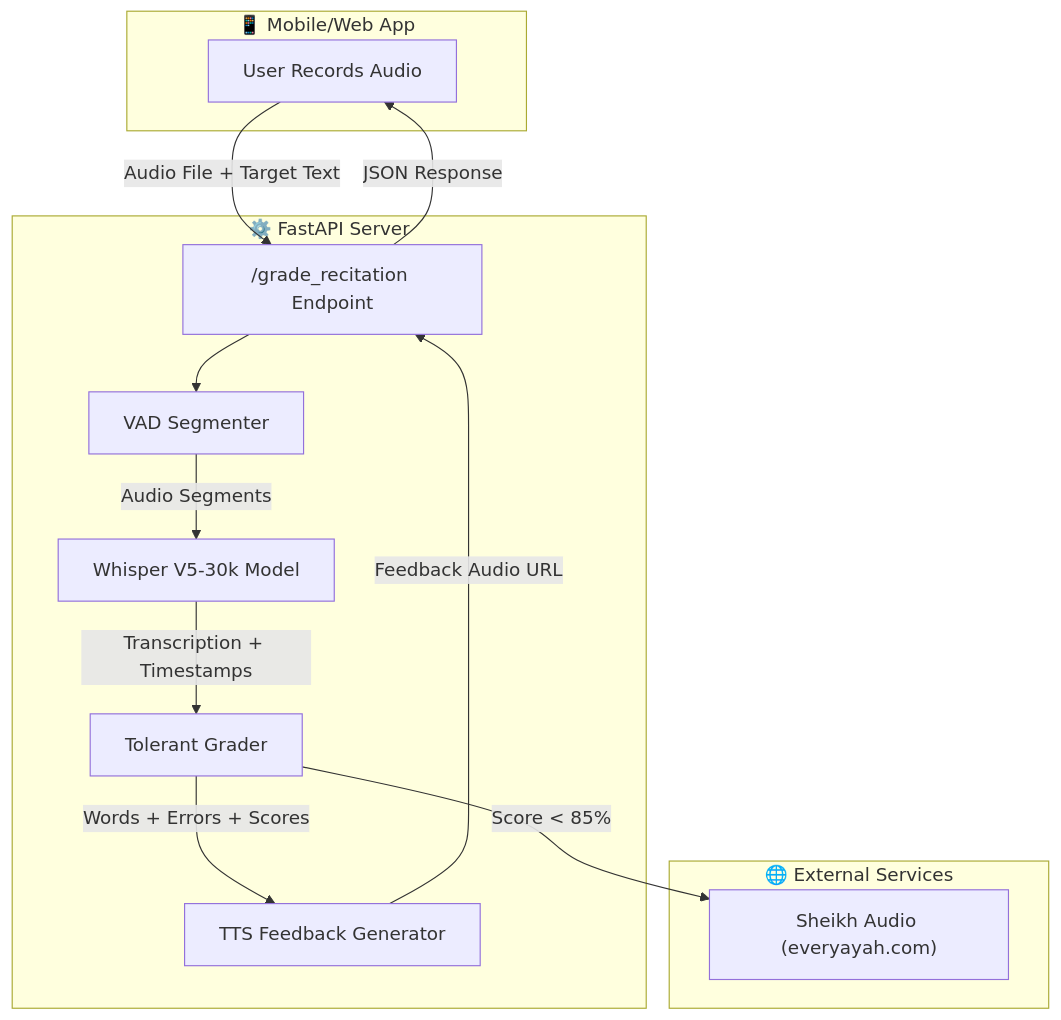
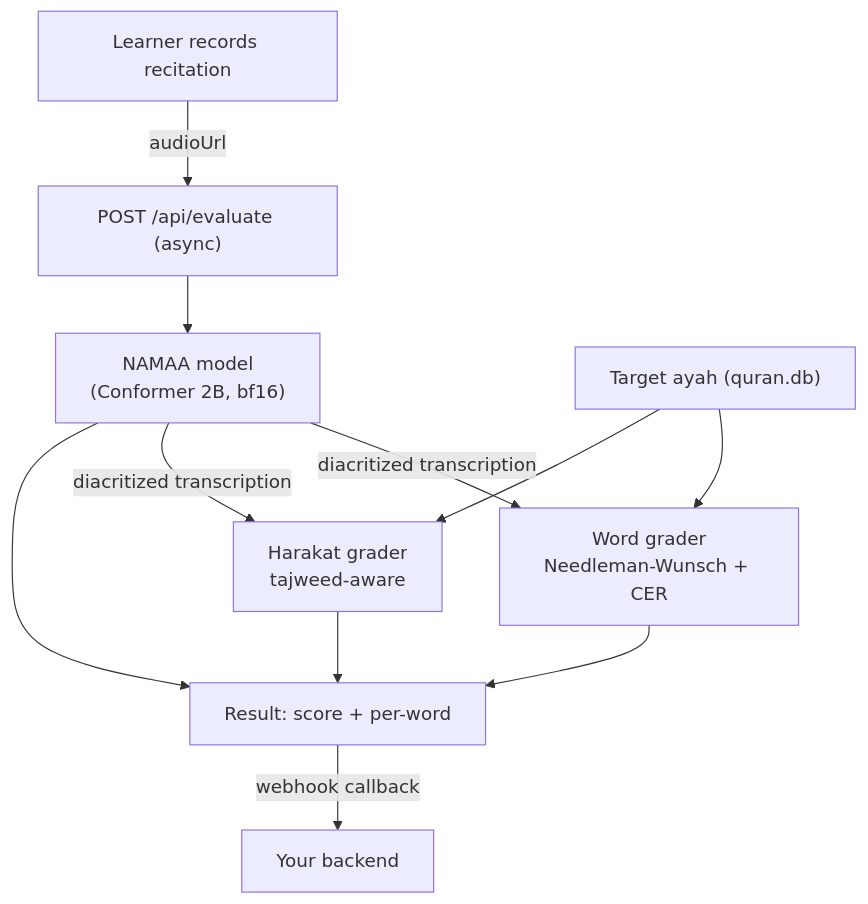
One commit to HassanAbdelshafy21/Quran-ARS changed the diagram in README.md. Above: the diagram before and after it, drawn with Mermaid. The commit also changed other lines of this file and 1 other file, not shown here.

Commit message:
docs: add deployment and server cost guide for AI service

````diff
--- a/README.md
+++ b/README.md
@@ -31,27 +35,13 @@
 ```mermaid
 flowchart TB
-    subgraph Frontend["📱 Mobile/Web App"]
-        A[User Records Audio]
-    end
-    
-    subgraph Backend["⚙️ FastAPI Server"]
-        B["/grade_recitation Endpoint"]
-        C["VAD Segmenter"]
-        D["Whisper V5-30k Model"]
-        E["Tolerant Grader"]
-        F["TTS Feedback Generator"]
-    end
-    
-    subgraph External["🌐 External Services"]
-        G["Sheikh Audio (everyayah.com)"]
-    end
-    
-    A -->|Audio File + Target Text| B
-    B --> C
-    C -->|Audio Segments| D
-    D -->|Transcription + Timestamps| E
-    E -->|Words + Errors + Scores| F
-    F -->|Feedback Audio URL| B
-    E -->|Score < 85%| G
-    B -->|JSON Response| A
+    A[Learner records recitation] -->|audioUrl| B["POST /api/evaluate (async)"]
+    B --> C["NAMAA model<br/>(Conformer 2B, bf16)"]
+    C -->|diacritized transcription| D[Word grader<br/>Needleman-Wunsch + CER]
+    C -->|diacritized transcription| E[Harakat grader<br/>tajweed-aware]
+    F["Target ayah (quran.db)"] --> D
+    F --> E
+    D --> G[Result: score + per-word]
+    E --> G
+    C --> G
+    G -->|webhook callback| H[Your backend]
 ```
````
